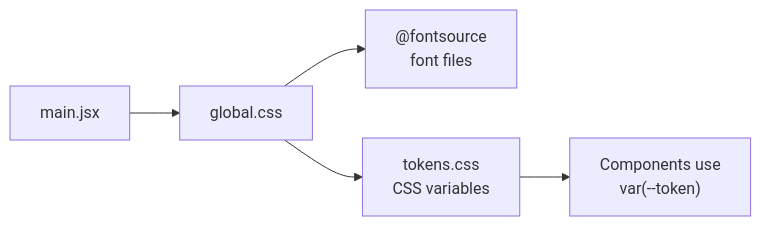
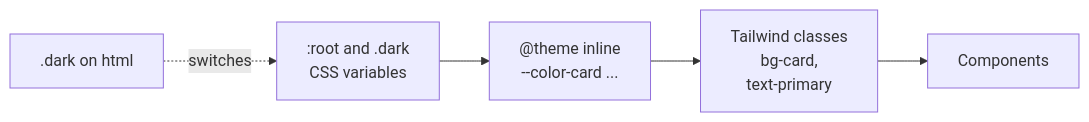
The diagram in 01. Naive RAG/04. UI/docs/03. Design System.md (ajay-nikumbh/RAG-From-Basics-to-Production), drawn with Mermaid before and after one commit. The commit also changed other lines of this file and 73 other files, not shown here.

````diff
--- a/01. Naive RAG/04. UI/docs/03. Design System.md
+++ b/01. Naive RAG/04. UI/docs/03. Design System.md
@@ -139,7 +59,7 @@
 ```mermaid
 flowchart LR
-    M[main.jsx] --> G[global.css]
-    G --> F["@fontsource<br/>font files"]
-    G --> T[tokens.css<br/>CSS variables]
-    T --> C["Components use<br/>var(--token)"]
+    R[":root and .dark<br/>CSS variables"] --> T["@theme inline<br/>--color-card ..."]
+    T --> U["Tailwind classes<br/>bg-card,<br/>text-primary"]
+    U --> C[Components]
+    H[".dark on html"] -.switches.-> R
 ```
````
